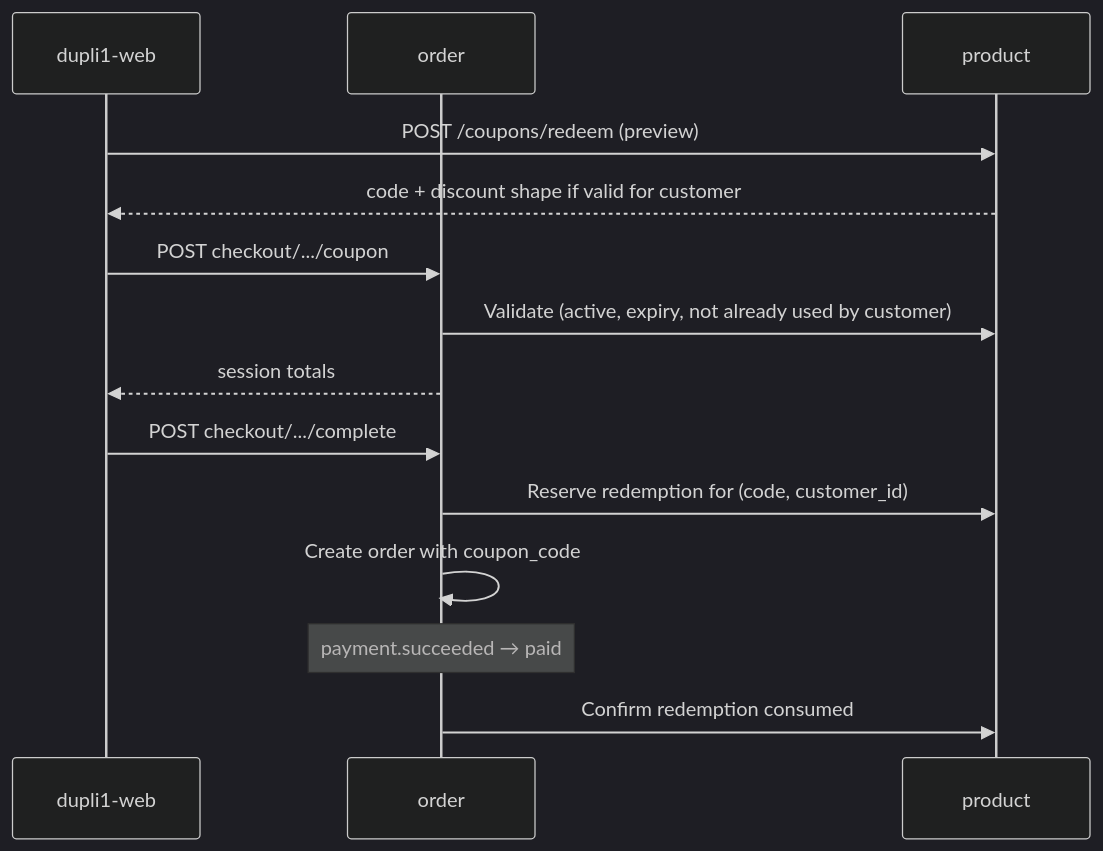
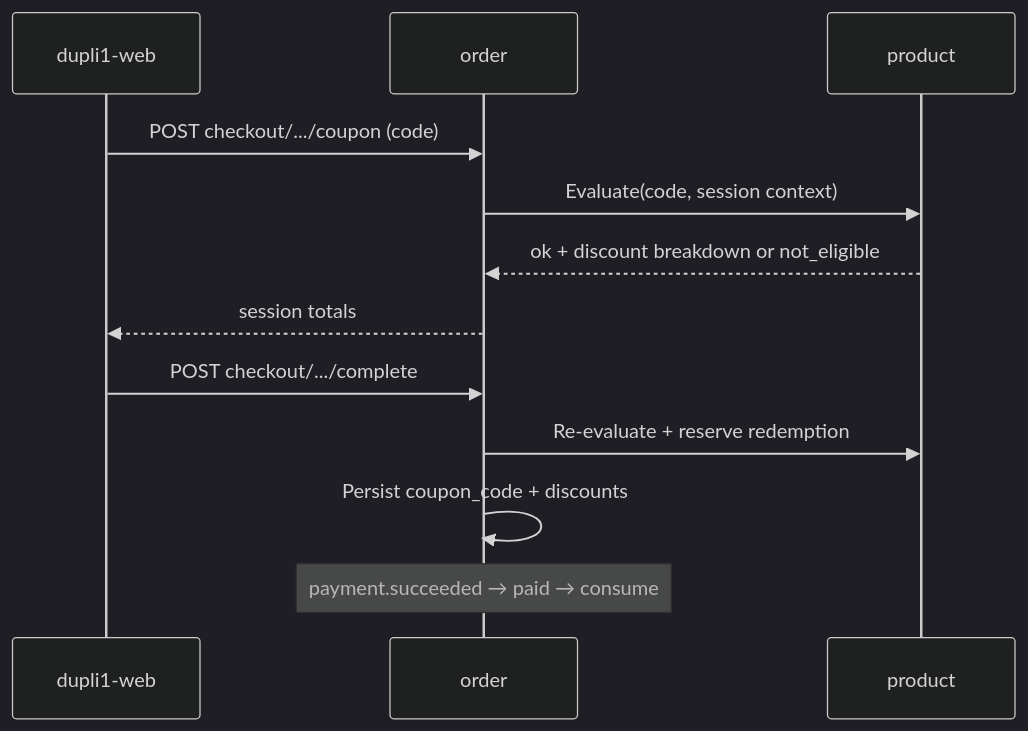
One commit to elug3/dupli1 changed the diagram in docs/product-promo-referral-code-plan.md. Above: the diagram before and after it, drawn with Mermaid (dark theme). The commit also changed other lines of this file and 2 other files, not shown here.

First line of the commit message:
Add flexible coupon usage conditions to promo plan

````diff
--- a/docs/product-promo-referral-code-plan.md
+++ b/docs/product-promo-referral-code-plan.md
@@ -218,17 +244,15 @@
 ```mermaid
 sequenceDiagram
   participant Web as dupli1-web
   participant Order as order
   participant Product as product
 
-  Web->>Product: POST /coupons/redeem (preview)
-  Product-->>Web: code + discount shape if valid for customer
-  Web->>Order: POST checkout/.../coupon
-  Order->>Product: Validate (active, expiry, not already used by customer)
+  Web->>Order: POST checkout/.../coupon (code)
+  Order->>Product: Evaluate(code, session context)
+  Product-->>Order: ok + discount breakdown or not_eligible
   Order-->>Web: session totals
   Web->>Order: POST checkout/.../complete
-  Order->>Product: Reserve redemption for (code, customer_id)
-  Order->>Order: Create order with coupon_code
-  Note over Order: payment.succeeded → paid
-  Order->>Product: Confirm redemption consumed
+  Order->>Product: Re-evaluate + reserve redemption
+  Order->>Order: Persist coupon_code + discounts
+  Note over Order: payment.succeeded → paid → consume
 ```
````
